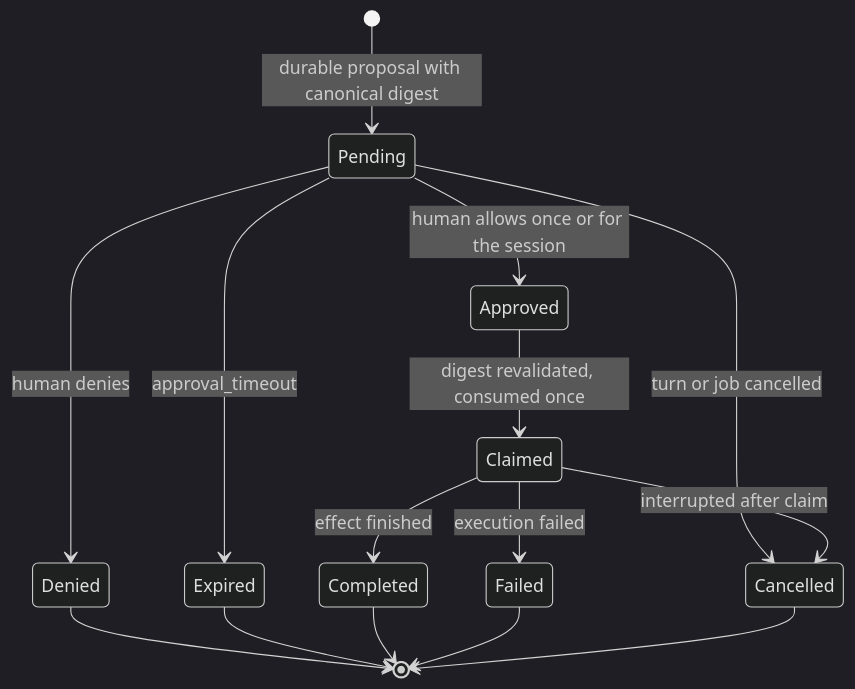
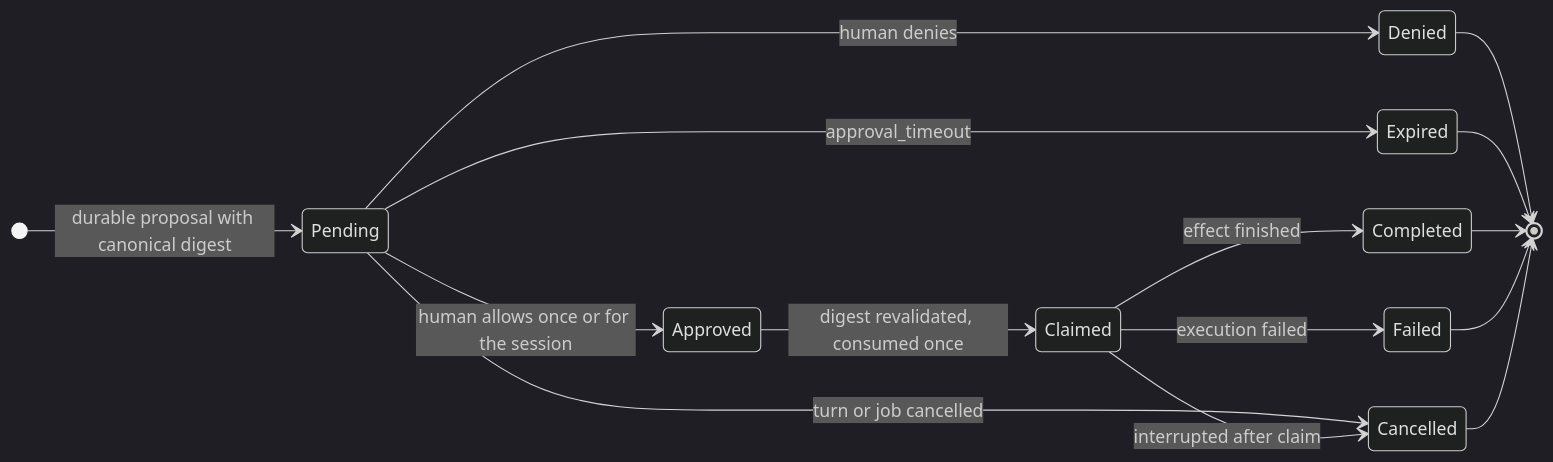
One commit to kiazh/Machina-Harness changed the sixth of 10 diagrams in README.md. Above: the diagram before and after it, drawn with Mermaid (dark theme). The commit also changed other lines of this file, not shown here.

Commit message:
Correct diagram relationships and lifecycle branches

````diff
--- a/README.md
+++ b/README.md
@@ -800,17 +802,18 @@
 ```mermaid
 stateDiagram-v2
+    direction LR
     [*] --> Pending: durable proposal with canonical digest
     Pending --> Approved: human allows once or for the session
     Pending --> Denied: human denies
     Pending --> Expired: approval_timeout
     Pending --> Cancelled: turn or job cancelled
     Approved --> Claimed: digest revalidated, consumed once
     Claimed --> Completed: effect finished
     Claimed --> Failed: execution failed
     Claimed --> Cancelled: interrupted after claim
     Denied --> [*]
     Expired --> [*]
     Completed --> [*]
     Failed --> [*]
     Cancelled --> [*]
 ```
````
